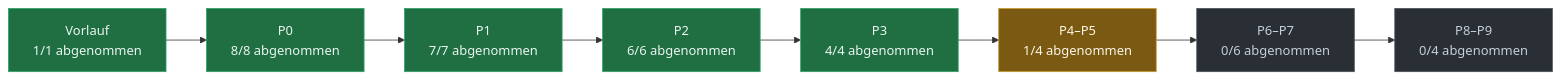
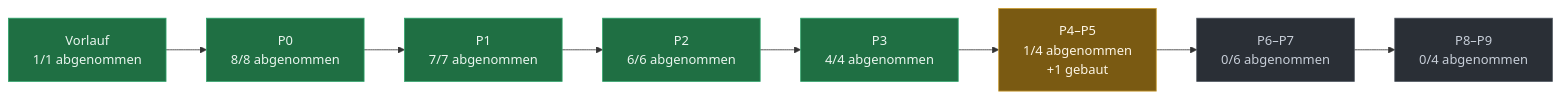
The diagram in docs/PLAN-STAND.md (evenacadia-tech/Nakama), drawn with Mermaid before and after one commit. The commit also changed other lines of this file and 28 other files, not shown here.

````diff
--- a/docs/PLAN-STAND.md
+++ b/docs/PLAN-STAND.md
@@ -35,21 +38,21 @@
 ```mermaid
 flowchart LR
   P0["Vorlauf<br/>1/1 abgenommen"]:::fertig
   P1["P0<br/>8/8 abgenommen"]:::fertig
   P0 --> P1
   P2["P1<br/>7/7 abgenommen"]:::fertig
   P1 --> P2
   P3["P2<br/>6/6 abgenommen"]:::fertig
   P2 --> P3
   P4["P3<br/>4/4 abgenommen"]:::fertig
   P3 --> P4
-  P5["P4–P5<br/>1/4 abgenommen"]:::laeuft
+  P5["P4–P5<br/>1/4 abgenommen<br/>+1 gebaut"]:::laeuft
   P4 --> P5
   P6["P6–P7<br/>0/6 abgenommen"]:::offen
   P5 --> P6
   P7["P8–P9<br/>0/4 abgenommen"]:::offen
   P6 --> P7
   classDef fertig fill:#1f6f43,stroke:#2ea36a,color:#eaf6ef
   classDef laeuft fill:#7a5a12,stroke:#c99a2e,color:#fdf6e6
   classDef offen  fill:#2a2f36,stroke:#4a525c,color:#c7ced8
 ```
````
